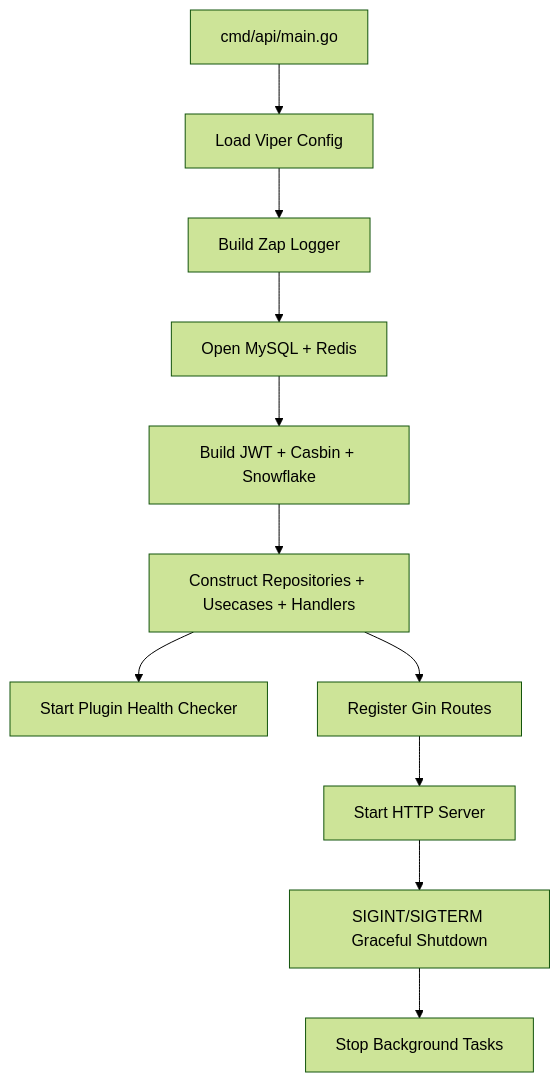
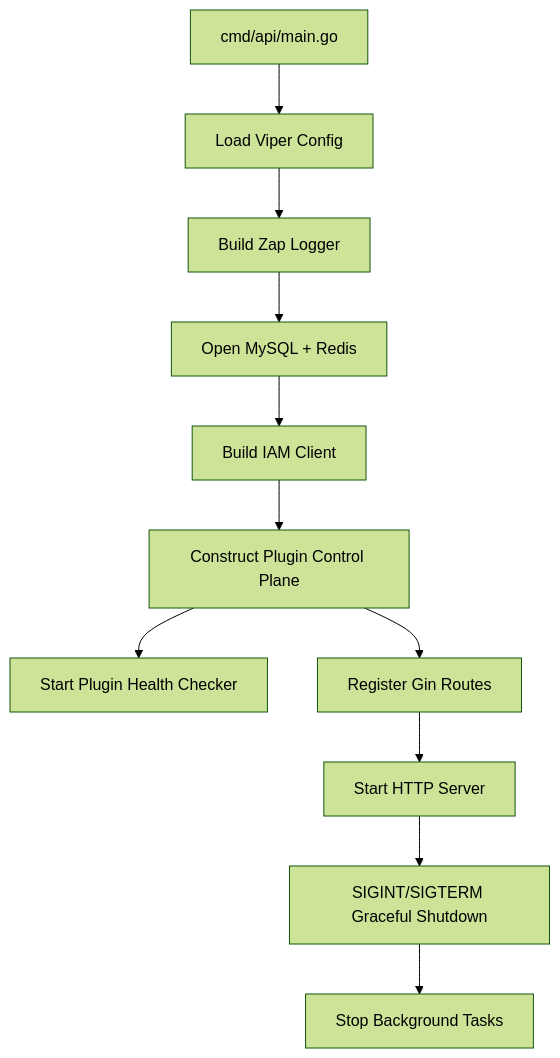
One commit to rin721/keiyaku-go changed the second of 4 diagrams in docs/architecture/system-design.md. Above: the diagram before and after it, drawn with Mermaid (forest theme). The commit also changed other lines of this file and 82 other files, not shown here.

````diff
--- a/docs/architecture/system-design.md
+++ b/docs/architecture/system-design.md
@@ -55,13 +55,13 @@
 ```mermaid
 flowchart TD
   Main["cmd/api/main.go"] --> Config["Load Viper Config"]
   Config --> Logger["Build Zap Logger"]
   Logger --> Store["Open MySQL + Redis"]
-  Store --> Security["Build JWT + Casbin + Snowflake"]
-  Security --> App["Construct Repositories + Usecases + Handlers"]
+  Store --> Security["Build IAM Client"]
+  Security --> App["Construct Plugin Control Plane"]
   App --> Background["Start Plugin Health Checker"]
   App --> Router["Register Gin Routes"]
   Router --> Server["Start HTTP Server"]
   Server --> Shutdown["SIGINT/SIGTERM Graceful Shutdown"]
   Shutdown --> StopBackground["Stop Background Tasks"]
 ```
````
